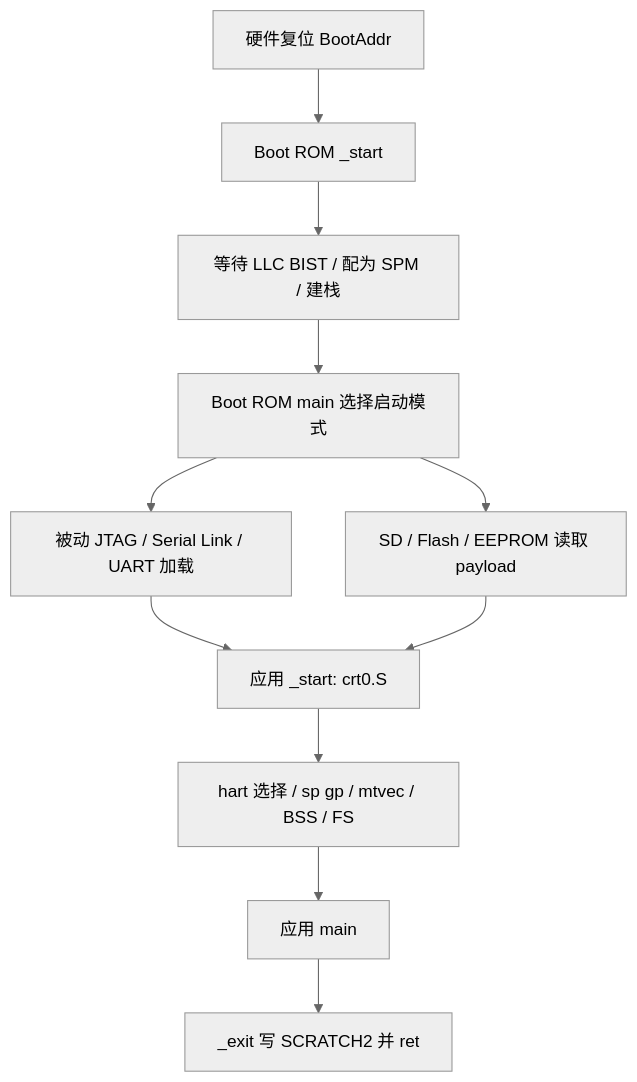
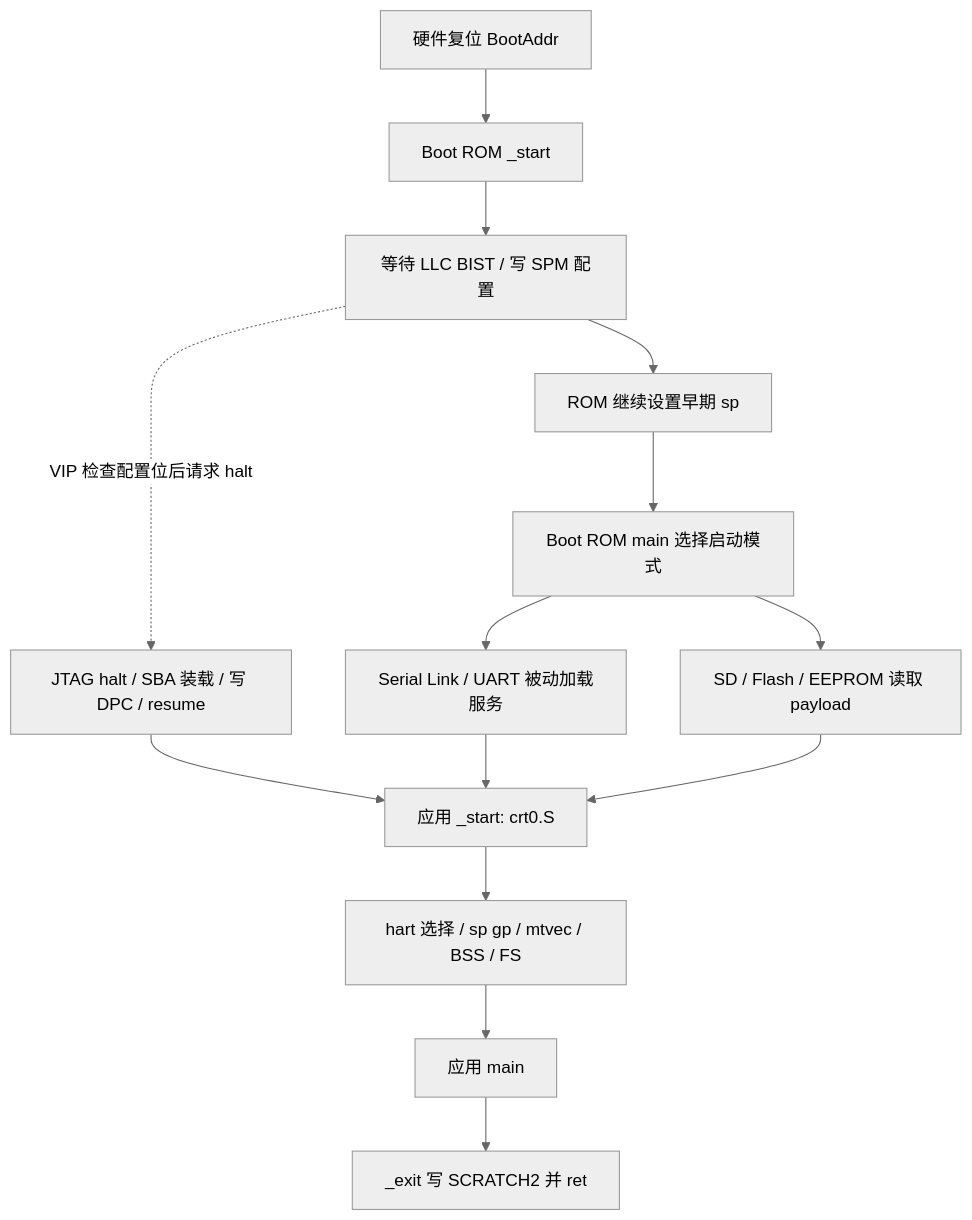
One commit to lionelZhaowy/Cheshire_Ara_Orig changed the diagram in docs_codex/software/RUNTIME_AND_DEBUG.md. Above: the diagram before and after it, drawn with Mermaid (neutral theme). The commit also changed other lines of this file and 897 other files, not shown here.

Commit message:
提供可编辑图形并Ultra优化教程

````diff
--- a/docs_codex/software/RUNTIME_AND_DEBUG.md
+++ b/docs_codex/software/RUNTIME_AND_DEBUG.md
@@ -68,13 +70,16 @@
 ```mermaid
 flowchart TD
   R[硬件复位 BootAddr] --> ROM[Boot ROM _start]
-  ROM --> MEM[等待 LLC BIST / 配为 SPM / 建栈]
-  MEM --> MODE[Boot ROM main 选择启动模式]
-  MODE --> PASS[被动 JTAG / Serial Link / UART 加载]
+  ROM --> MEM[等待 LLC BIST / 写 SPM 配置]
+  MEM --> STACK[ROM 继续设置早期 sp]
+  STACK --> MODE[Boot ROM main 选择启动模式]
+  MEM -. VIP 检查配置位后请求 halt .-> DBG[JTAG halt / SBA 装载 / 写 DPC / resume]
+  MODE --> PASS[Serial Link / UART 被动加载服务]
   MODE --> DISK[SD / Flash / EEPROM 读取 payload]
-  PASS --> APP[应用 _start: crt0.S]
+  DBG --> APP[应用 _start: crt0.S]
+  PASS --> APP
   DISK --> APP
   APP --> INIT[hart 选择 / sp gp / mtvec / BSS / FS]
   INIT --> MAIN[应用 main]
   MAIN --> EXIT[_exit 写 SCRATCH2 并 ret]
 ```
````
